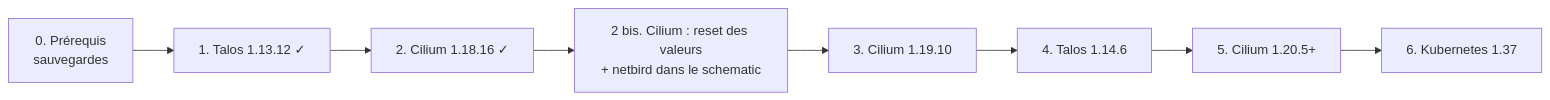
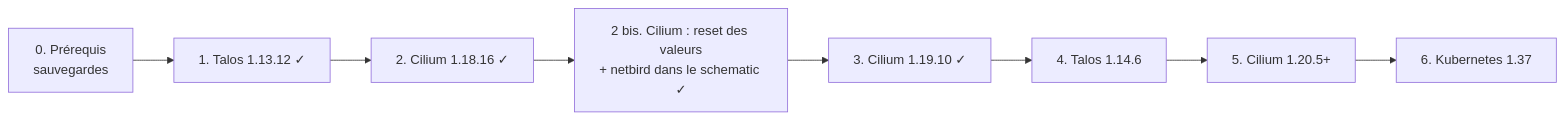
The diagram in 0.docs/content/docs/runbooks/upgrade-talos-cilium.mdx (batleforc/weebo-si), drawn with Mermaid before and after one commit. The commit also changed other lines of this file and 6 other files, not shown here.

````diff
--- a/0.docs/content/docs/runbooks/upgrade-talos-cilium.mdx
+++ b/0.docs/content/docs/runbooks/upgrade-talos-cilium.mdx
@@ -20,10 +20,10 @@
 ```mermaid
 graph LR
     S0["0. Prérequis<br/>sauvegardes"] --> S1["1. Talos 1.13.12 ✓"]
     S1 --> S2["2. Cilium 1.18.16 ✓"]
-    S2 --> S2b["2 bis. Cilium : reset des valeurs<br/>+ netbird dans le schematic"]
-    S2b --> S3["3. Cilium 1.19.10"]
+    S2 --> S2b["2 bis. Cilium : reset des valeurs<br/>+ netbird dans le schematic ✓"]
+    S2b --> S3["3. Cilium 1.19.10 ✓"]
     S3 --> S4["4. Talos 1.14.6"]
     S4 --> S5["5. Cilium 1.20.5+"]
     S5 --> S6["6. Kubernetes 1.37"]
 ```
````
